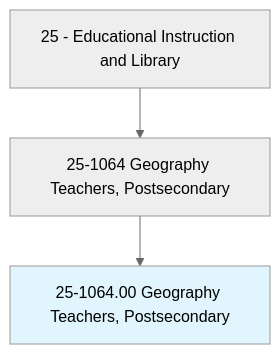
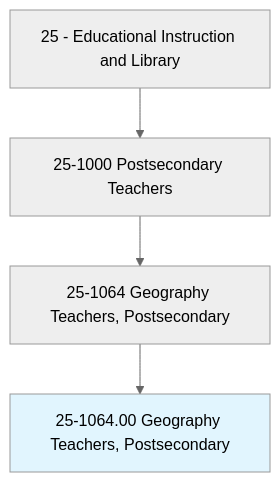
One commit to kziemski/business.org.ai changed the first of 4 diagrams in occupations/Education/GeographyTeachersPostsecondary.mdx. Above: the diagram before and after it, drawn with Mermaid (neutral theme). The commit also changed other lines of this file and 938 other files, not shown here.

````diff
--- a/occupations/Education/GeographyTeachersPostsecondary.mdx
+++ b/occupations/Education/GeographyTeachersPostsecondary.mdx
@@ -19,6 +23,7 @@
 ```mermaid
 graph TD
-    Cat25["25 - Educational Instruction and Library"] --> Group251064["25-1064 Geography Teachers, Postsecondary"]
+    Cat25["25 - Educational Instruction and Library"] --> Group251["25-1000 Postsecondary Teachers"]
+    Group251 --> Group251064["25-1064 Geography Teachers, Postsecondary"]
     Group251064 --> Current["25-1064.00 Geography Teachers, Postsecondary"]
     style Current fill:#e1f5fe
 ```
````
